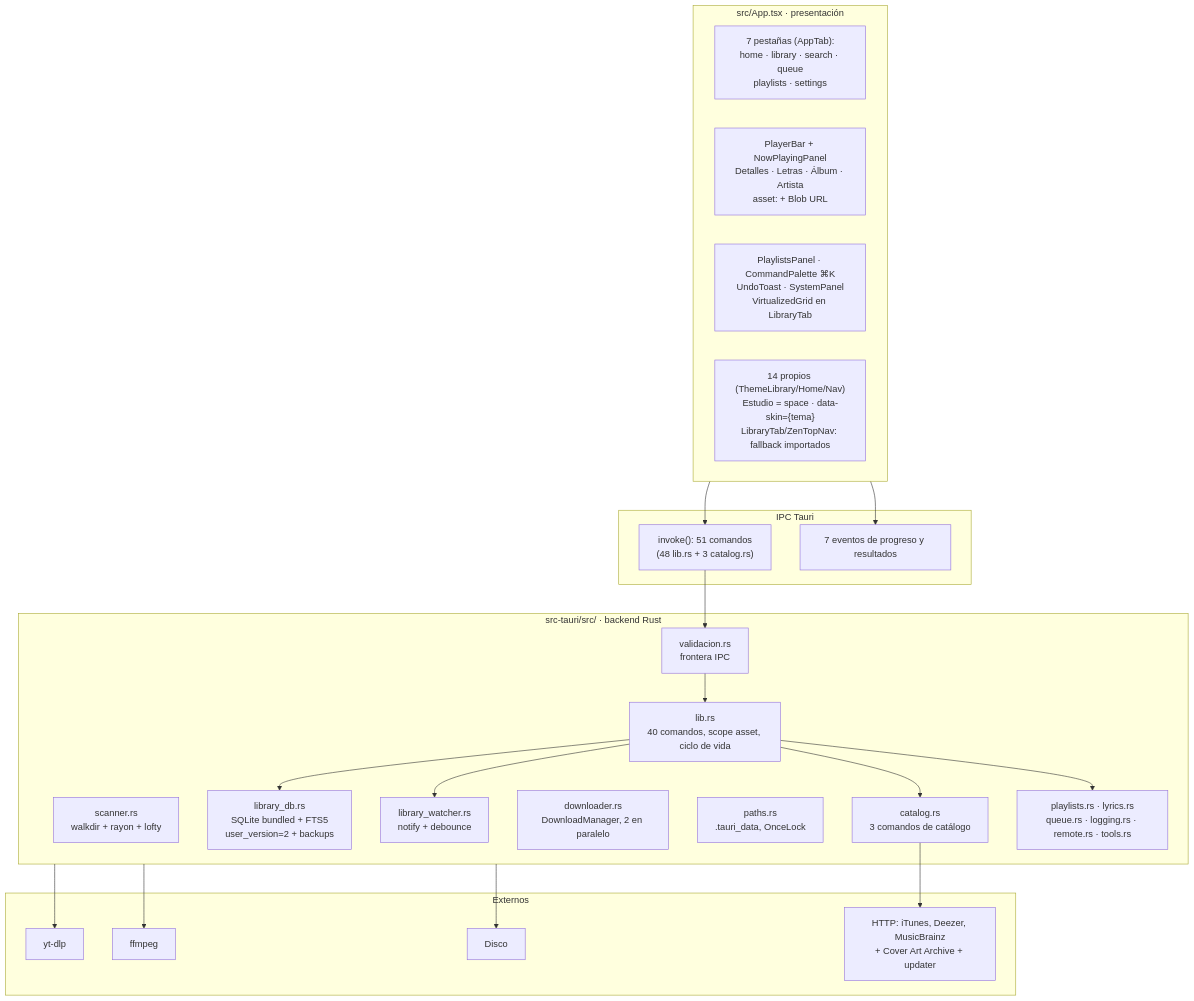
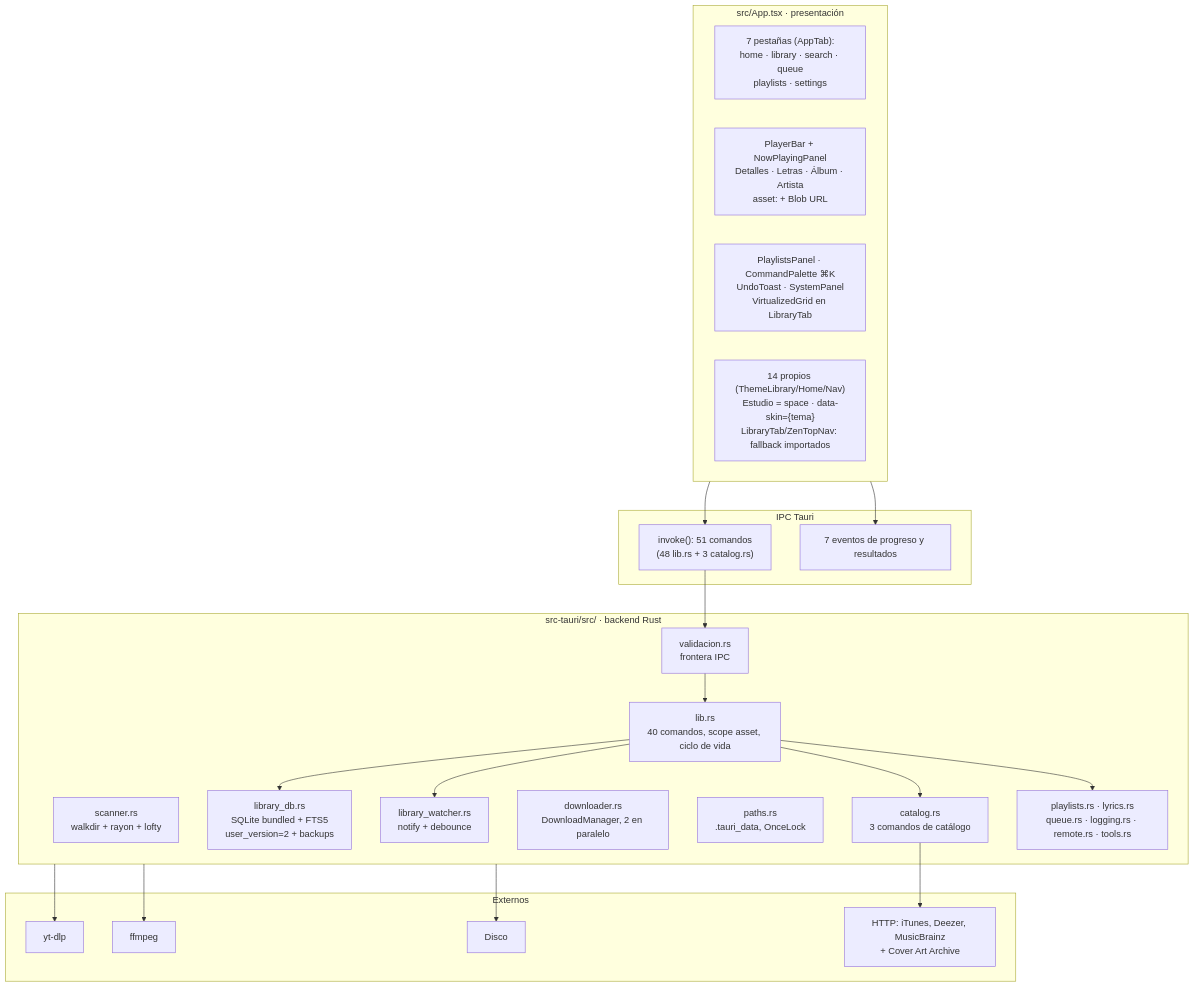
One commit to YordanoCS1/sakura-music changed the second of 5 diagrams in docs/arquitectura.md. Above: the diagram before and after it, drawn with Mermaid. The commit also changed other lines of this file and 26 other files, not shown here.

````diff
--- a/docs/arquitectura.md
+++ b/docs/arquitectura.md
@@ -28,46 +28,46 @@
 ```mermaid
 flowchart TB
     subgraph UI["src/App.tsx · presentación"]
         TABS["7 pestañas (AppTab):<br/>home · library · search · queue<br/>playlists · settings"]
         PLAYER["PlayerBar + NowPlayingPanel<br/>Detalles · Letras · Álbum · Artista<br/>asset: + Blob URL"]
         PANEL["PlaylistsPanel · CommandPalette ⌘K<br/>UndoToast · SystemPanel<br/>VirtualizedGrid en LibraryTab"]
         THEME["14 propios (ThemeLibrary/Home/Nav)<br/>Estudio = space · data-skin={tema}<br/>LibraryTab/ZenTopNav: fallback importados"]
     end
 
     subgraph IPC["IPC Tauri"]
         CMD["invoke(): 51 comandos<br/>(48 lib.rs + 3 catalog.rs)"]
         EVT["7 eventos de progreso y resultados"]
     end
 
     subgraph CORE["src-tauri/src/ · backend Rust"]
         SCAN["scanner.rs<br/>walkdir + rayon + lofty"]
         DB["library_db.rs<br/>SQLite bundled + FTS5<br/>user_version=2 + backups"]
         WATCH["library_watcher.rs<br/>notify + debounce"]
         DL["downloader.rs<br/>DownloadManager, 2 en paralelo"]
         PATH["paths.rs<br/>.tauri_data, OnceLock"]
         LIB["lib.rs<br/>40 comandos, scope asset, ciclo de vida"]
         CATALOG["catalog.rs<br/>3 comandos de catálogo"]
         VAL["validacion.rs<br/>frontera IPC"]
         PL["playlists.rs · lyrics.rs<br/>queue.rs · logging.rs · remote.rs · tools.rs"]
     end
 
     subgraph EXT["Externos"]
         YTDLP["yt-dlp"]
         FFMPEG["ffmpeg"]
-        NET["HTTP: iTunes, Deezer, MusicBrainz<br/>+ Cover Art Archive + updater"]
+        NET["HTTP: iTunes, Deezer, MusicBrainz<br/>+ Cover Art Archive"]
         DISK["Disco"]
     end
 
     UI --> CMD
     UI --> EVT
     CMD --> VAL
     VAL --> LIB
     LIB --> DB
     LIB --> WATCH
     LIB --> CATALOG
     LIB --> PL
     CORE --> YTDLP
     CORE --> FFMPEG
     CATALOG --> NET
     CORE --> DISK
 ```
````
